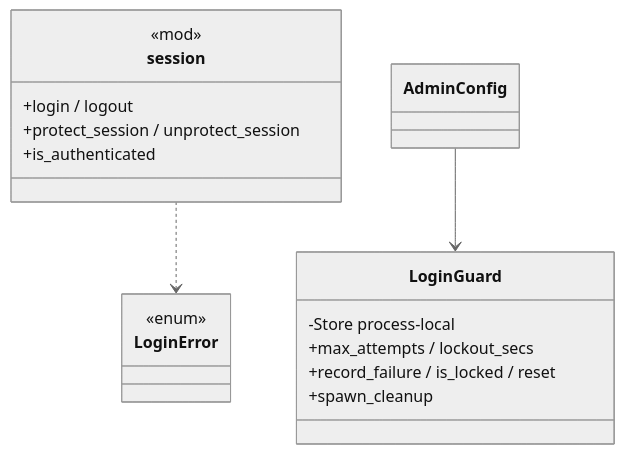
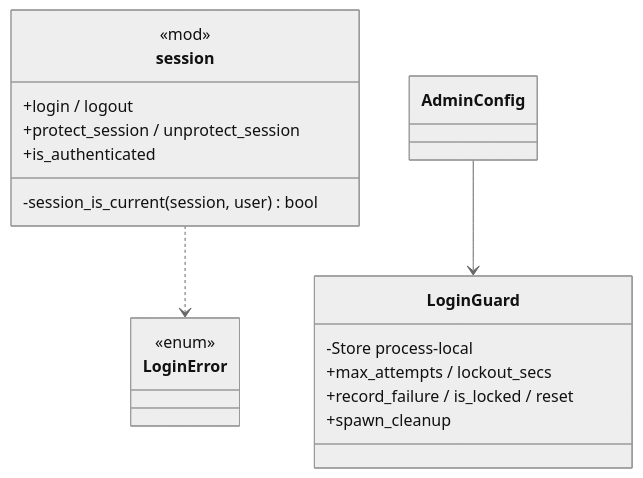
Before and after one commit to seb-alliot/runique: the fourth of 6 diagrams in diagramme/uml/auth/authentification.md, drawn with Mermaid (neutral theme). The commit also changed other lines of this file and 56 other files, not shown here.

````diff
--- a/diagramme/uml/auth/authentification.md
+++ b/diagramme/uml/auth/authentification.md
@@ -111,20 +116,21 @@
 ```mermaid
 classDiagram
     class session {
         <<mod>>
         +login / logout
         +protect_session / unprotect_session
         +is_authenticated
+        -session_is_current(session, user) bool
     }
     class LoginGuard {
         -Store process-local
         +max_attempts / lockout_secs
         +record_failure / is_locked / reset
         +spawn_cleanup
     }
     class LoginError {
         <<enum>>
     }
     session ..> LoginError
     AdminConfig --> LoginGuard
 ```
````
